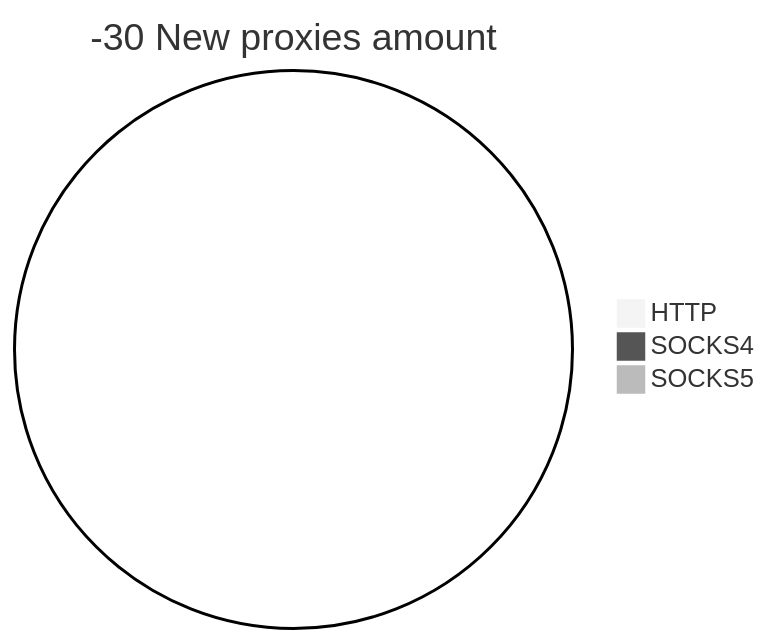
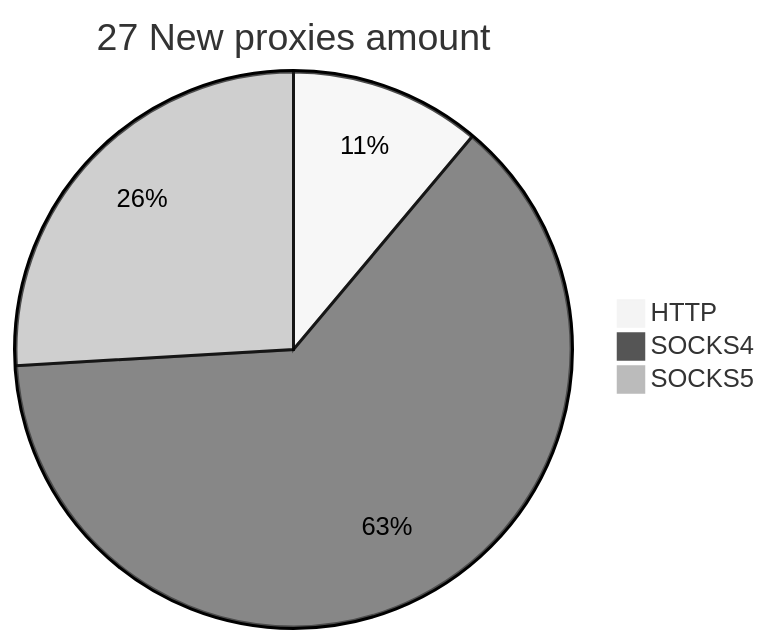
The second of 2 diagrams in README.md (cutipu/proxylist), drawn with Mermaid (neutral theme) before and after one commit. The commit also changed other lines of this file, not shown here.

````diff
--- a/README.md
+++ b/README.md
@@ -10,6 +10,6 @@
 ```mermaid
-pie title -30 New proxies amount
-    "HTTP" : 0
-    "SOCKS4" : 0
-    "SOCKS5" : 0
+pie title 27 New proxies amount
+    "HTTP" : 3
+    "SOCKS4" : 17
+    "SOCKS5" : 7
 ```
````
